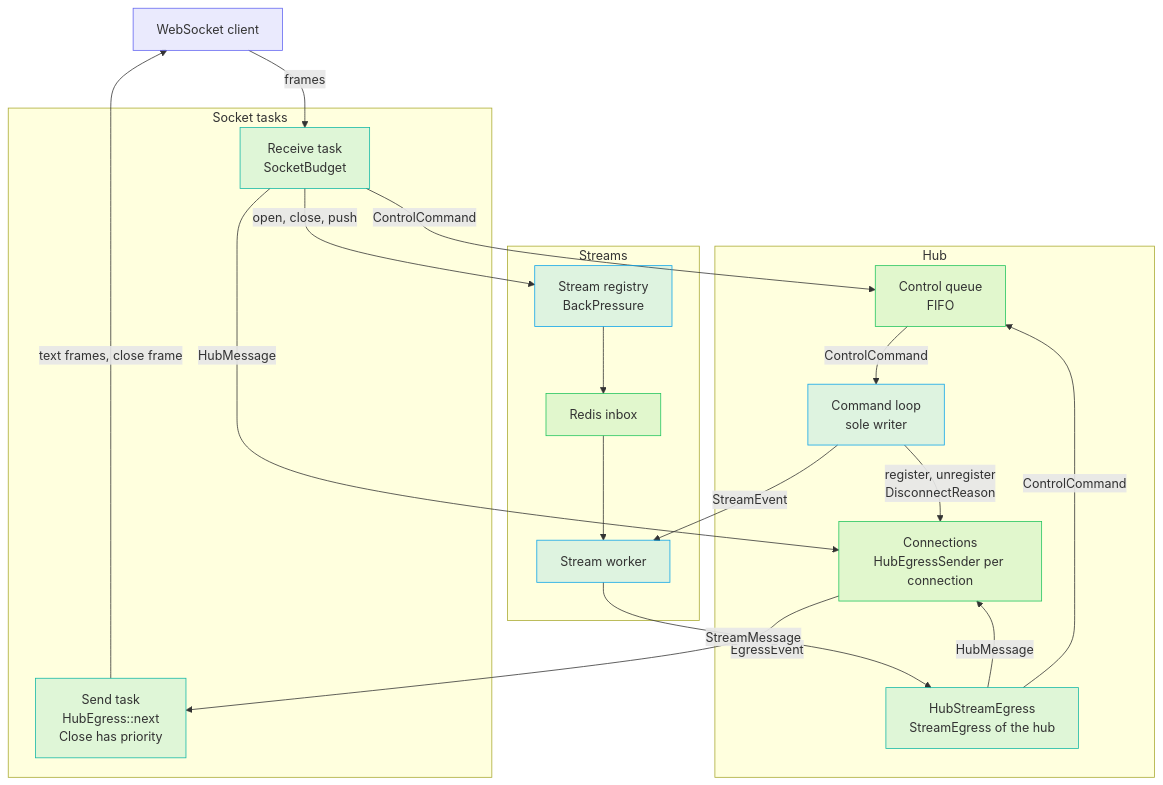
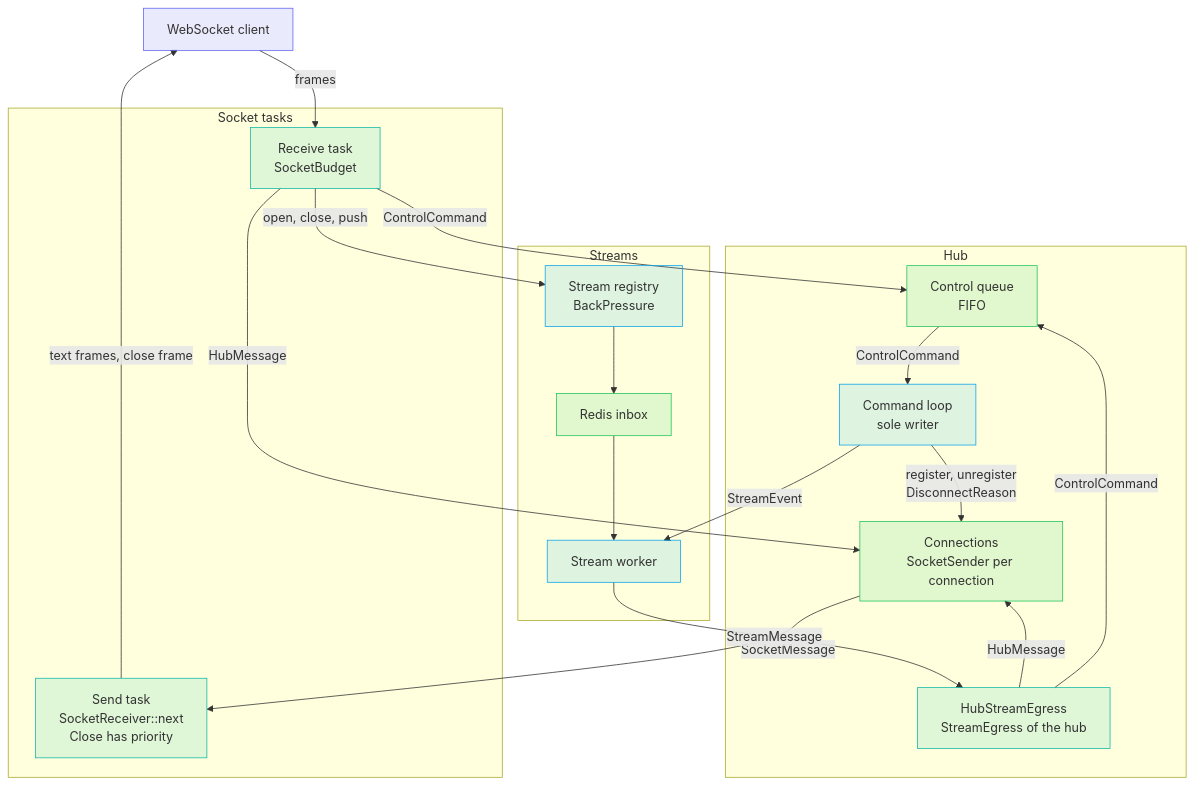
One commit to gzp79/shine-services changed the first of 7 diagrams in docs/services/builder/hub.md. Above: the diagram before and after it, drawn with Mermaid. The commit also changed other lines of this file and 24 other files, not shown here.

````diff
--- a/docs/services/builder/hub.md
+++ b/docs/services/builder/hub.md
@@ -19,43 +19,43 @@
 ```mermaid
 flowchart TB
     classDef indigo fill:#6366f122,stroke:#6366f1
     classDef teal fill:#14b8a622,stroke:#14b8a6
     classDef blue fill:#0ea5e922,stroke:#0ea5e9
     classDef green fill:#22c55e22,stroke:#22c55e
     classDef orange fill:#fb923c22,stroke:#fb923c
 
     C["WebSocket client"]:::indigo
 
     subgraph Socket["Socket tasks"]
         R["Receive task<br/>SocketBudget"]:::teal
-        S["Send task<br/>HubEgress::next<br/>Close has priority"]:::teal
+        S["Send task<br/>SocketReceiver::next<br/>Close has priority"]:::teal
     end
 
     subgraph Hub["Hub"]
         CQ["Control queue<br/>FIFO"]:::green
         L["Command loop<br/>sole writer"]:::blue
-        CN["Connections<br/>HubEgressSender per connection"]:::green
+        CN["Connections<br/>SocketSender per connection"]:::green
         SE["HubStreamEgress<br/>StreamEgress of the hub"]:::teal
     end
 
     subgraph Streams["Streams"]
         REG["Stream registry<br/>BackPressure"]:::blue
         IB["Redis inbox"]:::green
         W["Stream worker"]:::blue
     end
     
     C -- "frames" --> R
-    CN -- "EgressEvent" --> S
+    CN -- "SocketMessage" --> S
     R -- "ControlCommand" --> CQ
     R -- "open, close, push" --> REG
     CQ -- "ControlCommand" --> L
     R -- "HubMessage" --> CN
     L -- "register, unregister<br/>DisconnectReason" --> CN
     L -- "StreamEvent" --> W
     REG --> IB --> W
     W -- "StreamMessage" --> SE
     SE -- "HubMessage" --> CN
     CN ~~~ SE
     SE -- "ControlCommand" --> CQ    
     S -- "text frames, close frame" --> C
 ```
````
